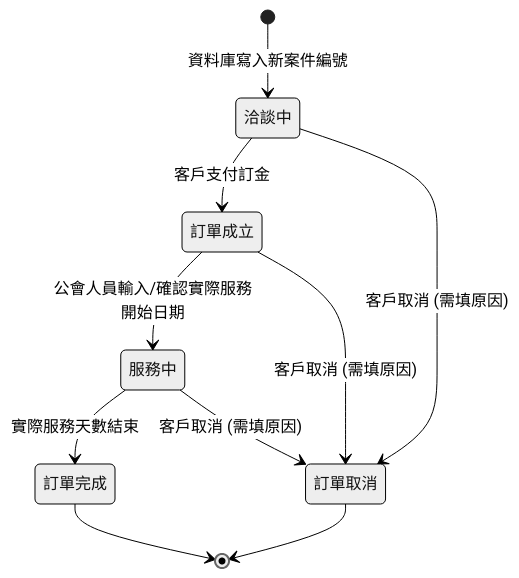
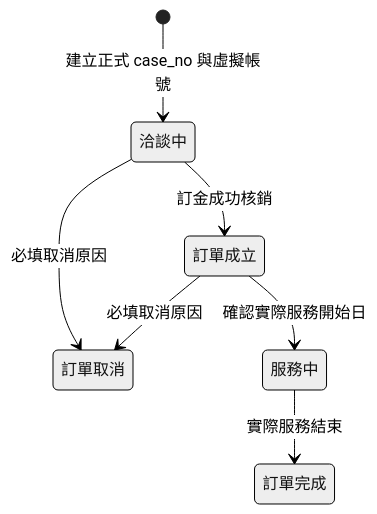
One commit to chrishzc/Labor_union changed the diagram in document/資料庫、資料處理/帳務與訂單業務規則.md. Above: the diagram before and after it, drawn with Mermaid (neutral theme). The commit also changed other lines of this file and 60 other files, not shown here.

````diff
--- a/document/資料庫、資料處理/帳務與訂單業務規則.md
+++ b/document/資料庫、資料處理/帳務與訂單業務規則.md
@@ -33,12 +23,9 @@
 ```mermaid
 stateDiagram-v2
-    [*] --> 洽談中 : 資料庫寫入新案件編號
-    洽談中 --> 訂單成立 : 客戶支付訂金
-    洽談中 --> 訂單取消 : 客戶取消 (需填原因)
-    訂單成立 --> 服務中 : 公會人員輸入/確認實際服務開始日期
-    訂單成立 --> 訂單取消 : 客戶取消 (需填原因)
-    服務中 --> 訂單完成 : 實際服務天數結束
-    服務中 --> 訂單取消 : 客戶取消 (需填原因)
-    訂單完成 --> [*]
-    訂單取消 --> [*]
+    [*] --> 洽談中 : 建立正式 case_no 與虛擬帳號
+    洽談中 --> 訂單成立 : 訂金成功核銷
+    洽談中 --> 訂單取消 : 必填取消原因
+    訂單成立 --> 服務中 : 確認實際服務開始日
+    訂單成立 --> 訂單取消 : 必填取消原因
+    服務中 --> 訂單完成 : 實際服務結束
 ```
````
